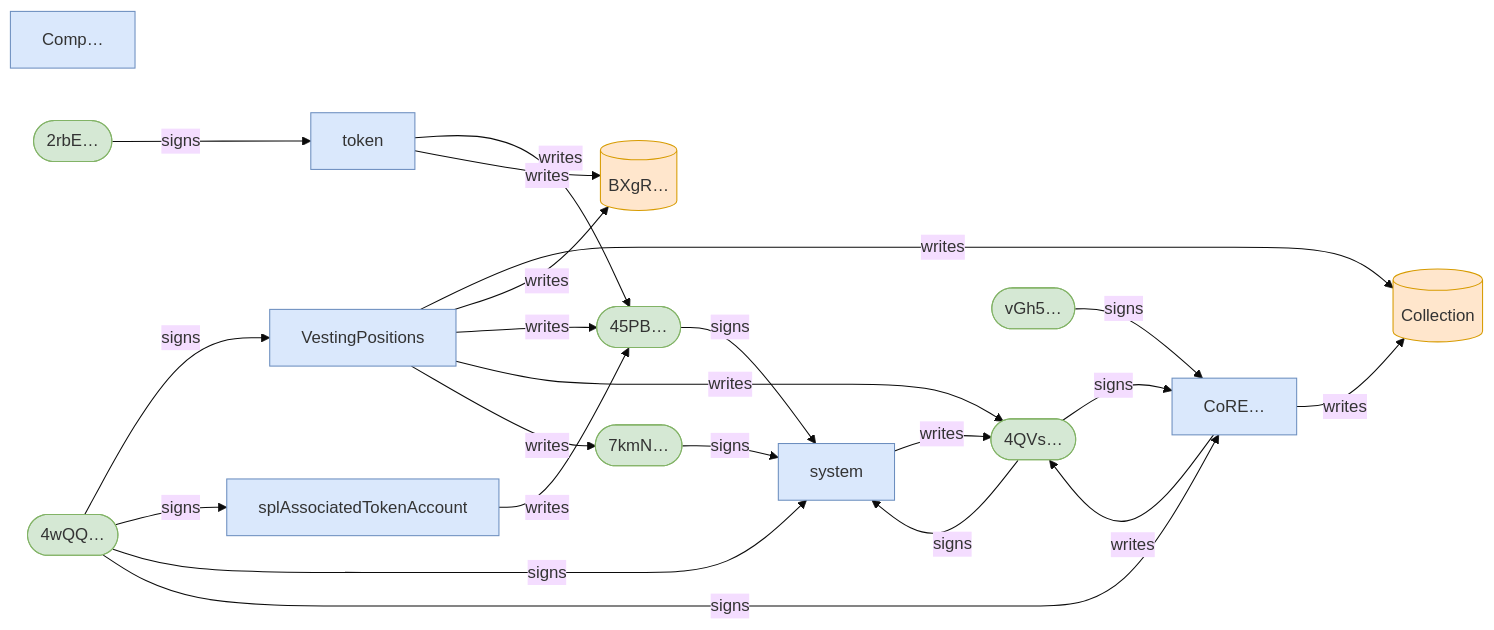
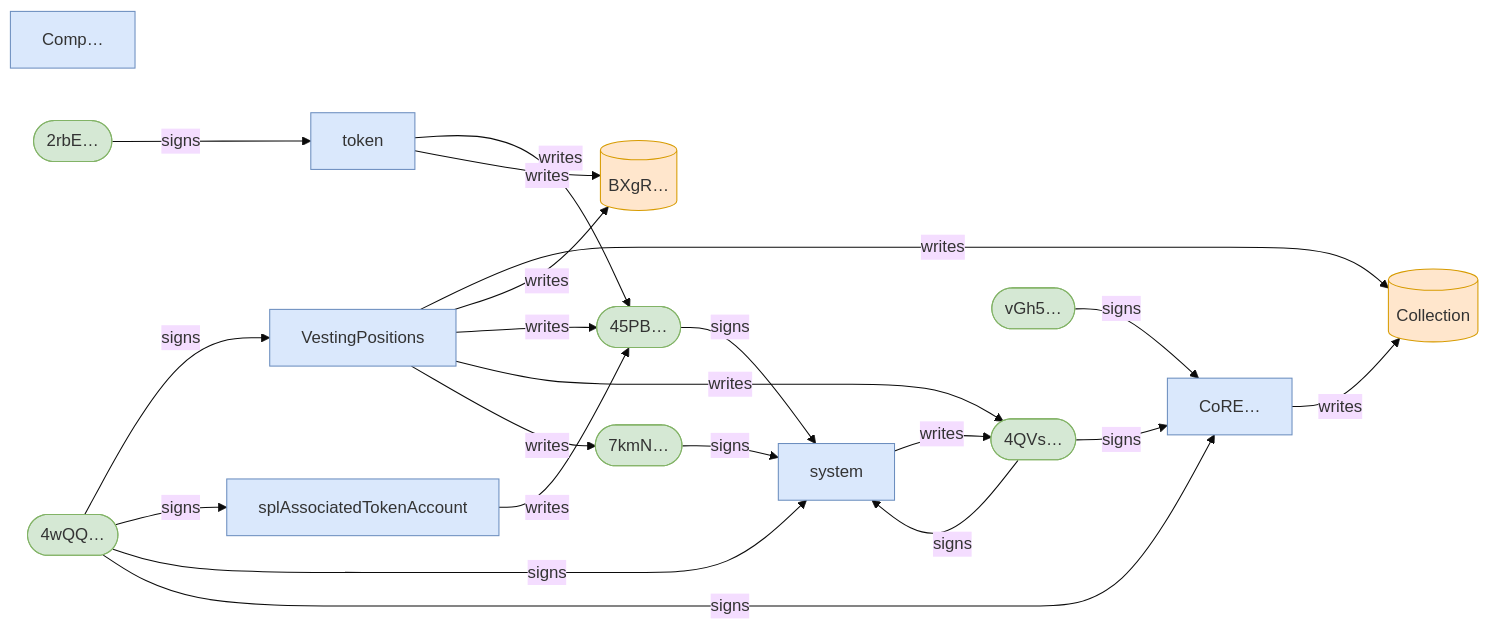
Before and after one commit to cds-turbin3/vesting-position: the second of 3 diagrams in babelfish-tests/test-report/mid_schedule_cliff_plus_linear.md, drawn with Mermaid (base theme). The commit also changed other lines of this file and 50 other files, not shown here.

````diff
--- a/babelfish-tests/test-report/mid_schedule_cliff_plus_linear.md
+++ b/babelfish-tests/test-report/mid_schedule_cliff_plus_linear.md
@@ -80,41 +76,40 @@
 ```mermaid
 flowchart LR
     Comp["Comp…"]:::program
     VestingPositions["VestingPositions"]:::program
     4wQQ(["4wQQ…"]):::signer
     Collection[("Collection")]:::state
     BXgR[("BXgR…")]:::state
     45PB(["45PB…"]):::signer
     4QVs(["4QVs…"]):::signer
     7kmN(["7kmN…"]):::signer
     splAssociatedTokenAccount["splAssociatedTokenAccount"]:::program
     token["token"]:::program
     system["system"]:::program
     CoRE["CoRE…"]:::program
     vGh5(["vGh5…"]):::signer
     2rbE(["2rbE…"]):::signer
     4wQQ -->|signs| VestingPositions
     VestingPositions -->|writes| Collection
     VestingPositions -->|writes| BXgR
     VestingPositions -->|writes| 45PB
     VestingPositions -->|writes| 4QVs
     VestingPositions -->|writes| 7kmN
     4wQQ -->|signs| splAssociatedTokenAccount
     splAssociatedTokenAccount -->|writes| 45PB
     4wQQ -->|signs| system
     45PB -->|signs| system
     token -->|writes| 45PB
     7kmN -->|signs| system
     4QVs -->|signs| CoRE
     CoRE -->|writes| Collection
     vGh5 -->|signs| CoRE
     4wQQ -->|signs| CoRE
     4QVs -->|signs| system
     system -->|writes| 4QVs
     token -->|writes| BXgR
     2rbE -->|signs| token
-    CoRE -->|writes| 4QVs
     classDef program fill:#dae8fc,stroke:#6c8ebf;
     classDef signer fill:#d5e8d4,stroke:#82b366;
     classDef state fill:#ffe6cc,stroke:#d79b00;
 ```
````
